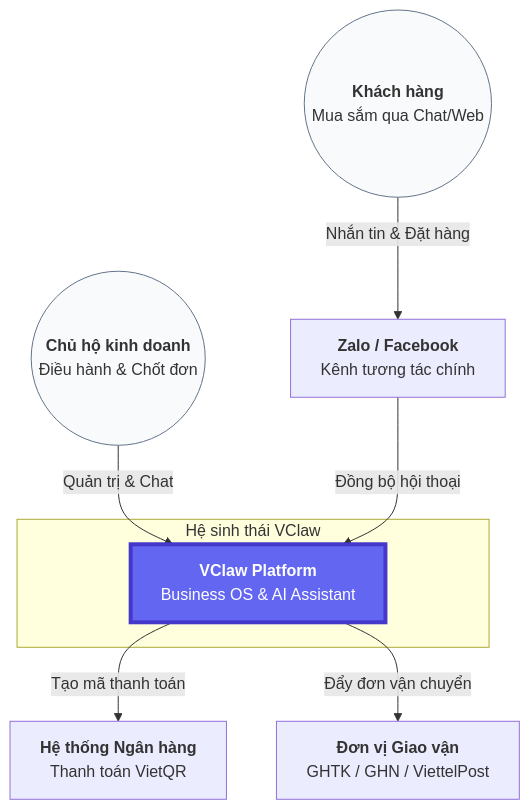
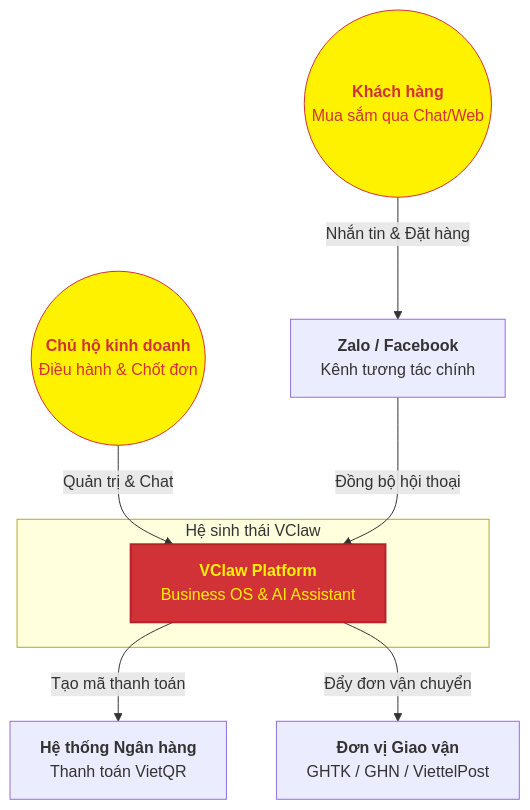
The diagram in vclaw-ui/docs/00-VClaw-Platform-Vision.vi.md (solana8800/vclaw-ui), drawn with Mermaid before and after one commit. The commit also changed 12 other files, not shown here.

Commit message:
docs: update installation guide and platform documentation with new operational flows and visual assets

````diff
--- a/vclaw-ui/docs/00-VClaw-Platform-Vision.vi.md
+++ b/vclaw-ui/docs/00-VClaw-Platform-Vision.vi.md
@@ -18,23 +18,23 @@
 ```mermaid
 graph TB
     subgraph "Hệ sinh thái VClaw"
         VClaw["<b>VClaw Platform</b><br/>Business OS & AI Assistant"]
     end
 
     User(("<b>Chủ hộ kinh doanh</b><br/>Điều hành & Chốt đơn"))
     Customer(("<b>Khách hàng</b><br/>Mua sắm qua Chat/Web"))
     
     Zalo["<b>Zalo / Facebook</b><br/>Kênh tương tác chính"]
     Bank["<b>Hệ thống Ngân hàng</b><br/>Thanh toán VietQR"]
     Logistics["<b>Đơn vị Giao vận</b><br/>GHTK / GHN / ViettelPost"]
 
     User -- "Quản trị & Chat" --> VClaw
     Customer -- "Nhắn tin & Đặt hàng" --> Zalo
     Zalo -- "Đồng bộ hội thoại" --> VClaw
     VClaw -- "Tạo mã thanh toán" --> Bank
     VClaw -- "Đẩy đơn vận chuyển" --> Logistics
     
-    style VClaw fill:#6366f1,color:#fff,stroke:#4338ca,stroke-width:4px
-    style User fill:#f8fafc,stroke:#64748b
-    style Customer fill:#f8fafc,stroke:#64748b
+    style VClaw fill:#D13238,color:#FFF200,stroke:#B1252A,stroke-width:2px
+    style User fill:#FFF200,color:#D13238,stroke:#D13238,stroke-width:1px
+    style Customer fill:#FFF200,color:#D13238,stroke:#D13238,stroke-width:1px
 ```
````
